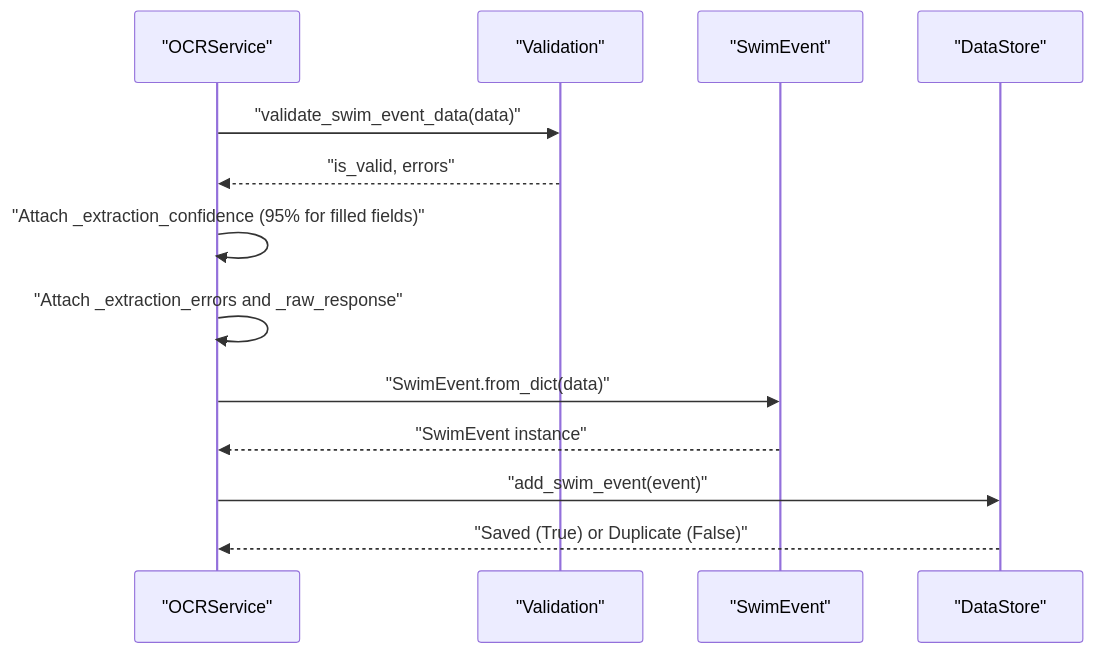
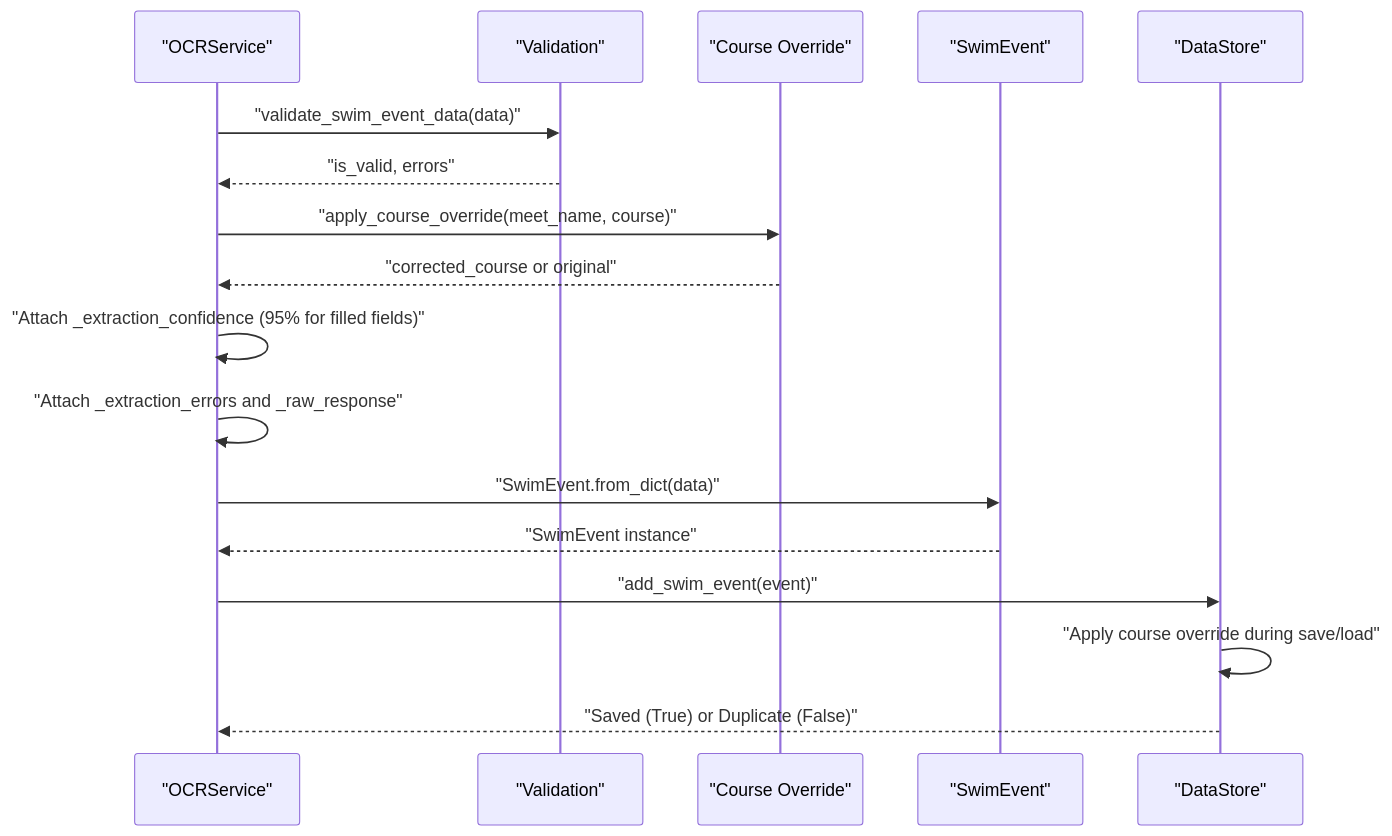
The eighth of 9 diagrams in .qoder/repowiki/en/content/Feature Modules/OCR Integration.md (Johnny22056/SwimingStatus), drawn with Mermaid before and after one commit. The commit also changed other lines of this file and 4 other files, not shown here.

First line of the commit message:
feat: UI polish across all pages, icon updates, course override additions

````diff
--- a/.qoder/repowiki/en/content/Feature Modules/OCR Integration.md
+++ b/.qoder/repowiki/en/content/Feature Modules/OCR Integration.md
@@ -376,15 +441,19 @@
 ```mermaid
 sequenceDiagram
 participant OCR as "OCRService"
 participant VAL as "Validation"
+participant CO as "Course Override"
 participant EVT as "SwimEvent"
 participant DS as "DataStore"
 OCR->>VAL : "validate_swim_event_data(data)"
 VAL-->>OCR : "is_valid, errors"
+OCR->>CO : "apply_course_override(meet_name, course)"
+CO-->>OCR : "corrected_course or original"
 OCR->>OCR : "Attach _extraction_confidence (95% for filled fields)"
 OCR->>OCR : "Attach _extraction_errors and _raw_response"
 OCR->>EVT : "SwimEvent.from_dict(data)"
 EVT-->>OCR : "SwimEvent instance"
 OCR->>DS : "add_swim_event(event)"
+DS->>DS : "Apply course override during save/load"
 DS-->>OCR : "Saved (True) or Duplicate (False)"
 ```
````
